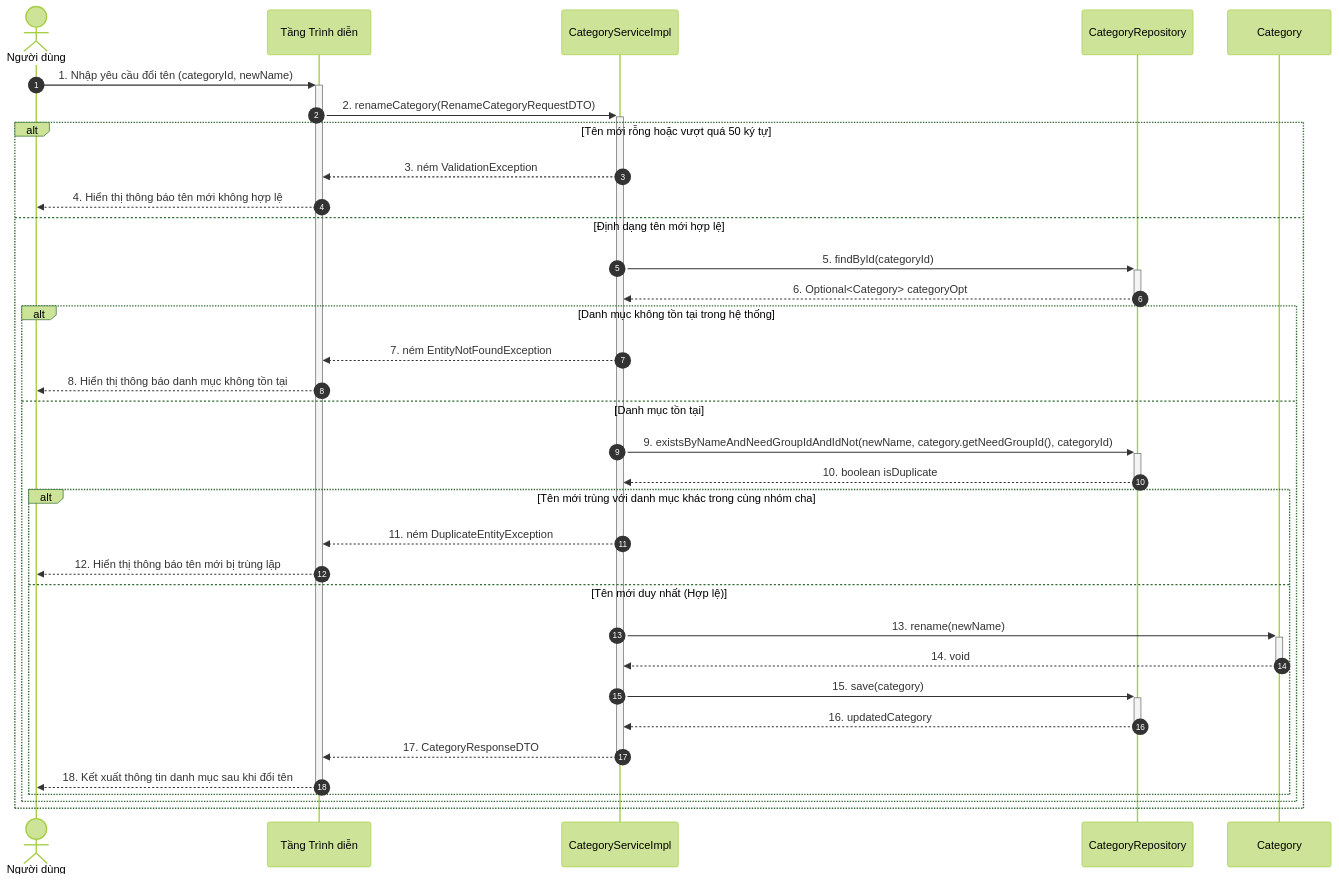
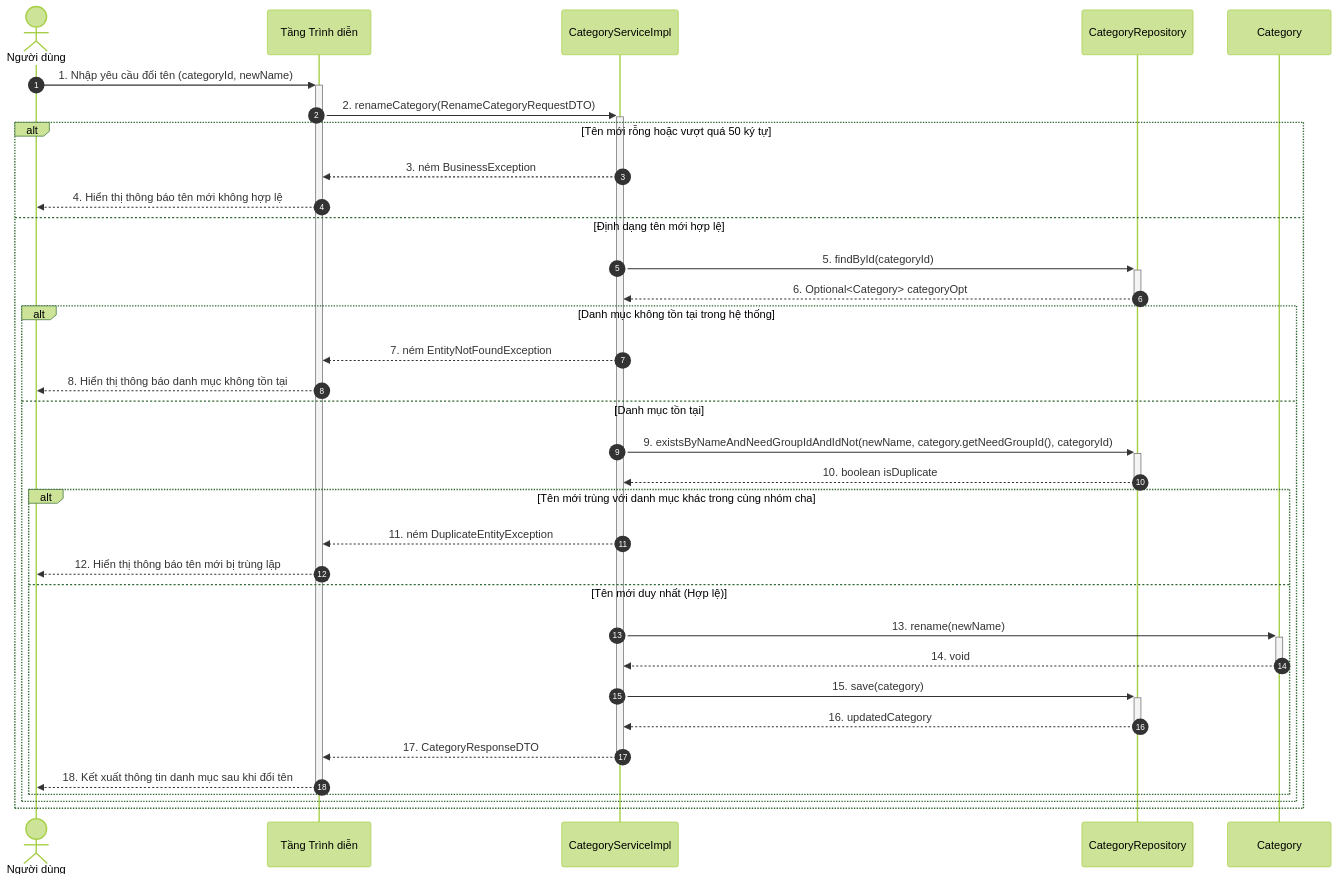
Before and after one commit to mynhleeh/pfms-oop: diagram 14 of 21 in docs/object-oriented-design/05-so-do-tuong-tac-thiet-ke-sequence-diagram.md, drawn with Mermaid (forest theme). The commit also changed other lines of this file and 15 other files, not shown here.

````diff
--- a/docs/object-oriented-design/05-so-do-tuong-tac-thiet-ke-sequence-diagram.md
+++ b/docs/object-oriented-design/05-so-do-tuong-tac-thiet-ke-sequence-diagram.md
@@ -748,37 +748,37 @@
 ```mermaid
 sequenceDiagram
     autonumber
     actor User as Người dùng
     participant GUI as Tầng Trình diễn
     participant CategoryService as CategoryServiceImpl
     participant CategoryRepo as CategoryRepository
     participant Category as Category
 
     User->>+GUI: 1. Nhập yêu cầu đổi tên (categoryId, newName)
     GUI->>+CategoryService: 2. renameCategory(RenameCategoryRequestDTO)
     alt Tên mới rỗng hoặc vượt quá 50 ký tự
-        CategoryService-->>GUI: 3. ném ValidationException
+        CategoryService-->>GUI: 3. ném BusinessException
         GUI-->>User: 4. Hiển thị thông báo tên mới không hợp lệ
     else Định dạng tên mới hợp lệ
         CategoryService->>+CategoryRepo: 5. findById(categoryId)
         CategoryRepo-->>-CategoryService: 6. Optional<Category> categoryOpt
         alt Danh mục không tồn tại trong hệ thống
             CategoryService-->>GUI: 7. ném EntityNotFoundException
             GUI-->>User: 8. Hiển thị thông báo danh mục không tồn tại
         else Danh mục tồn tại
             CategoryService->>+CategoryRepo: 9. existsByNameAndNeedGroupIdAndIdNot(newName, category.getNeedGroupId(), categoryId)
             CategoryRepo-->>-CategoryService: 10. boolean isDuplicate
             alt Tên mới trùng với danh mục khác trong cùng nhóm cha
                 CategoryService-->>GUI: 11. ném DuplicateEntityException
                 GUI-->>User: 12. Hiển thị thông báo tên mới bị trùng lặp
             else Tên mới duy nhất (Hợp lệ)
                 CategoryService->>+Category: 13. rename(newName)
                 Category-->>-CategoryService: 14. void
                 CategoryService->>+CategoryRepo: 15. save(category)
                 CategoryRepo-->>-CategoryService: 16. updatedCategory
                 CategoryService-->>-GUI: 17. CategoryResponseDTO
                 GUI-->>-User: 18. Kết xuất thông tin danh mục sau khi đổi tên
             end
         end
     end
 ```
````
